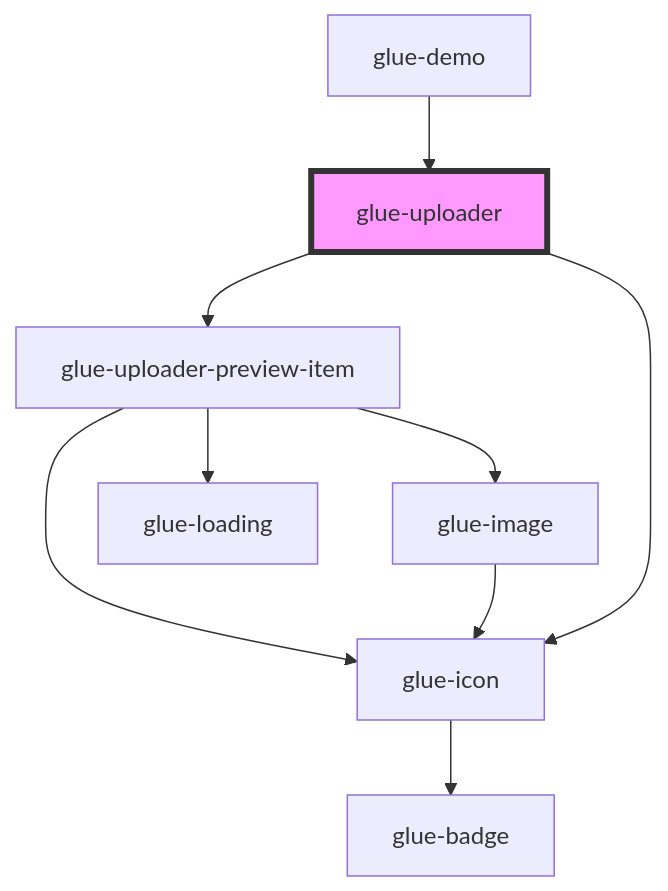
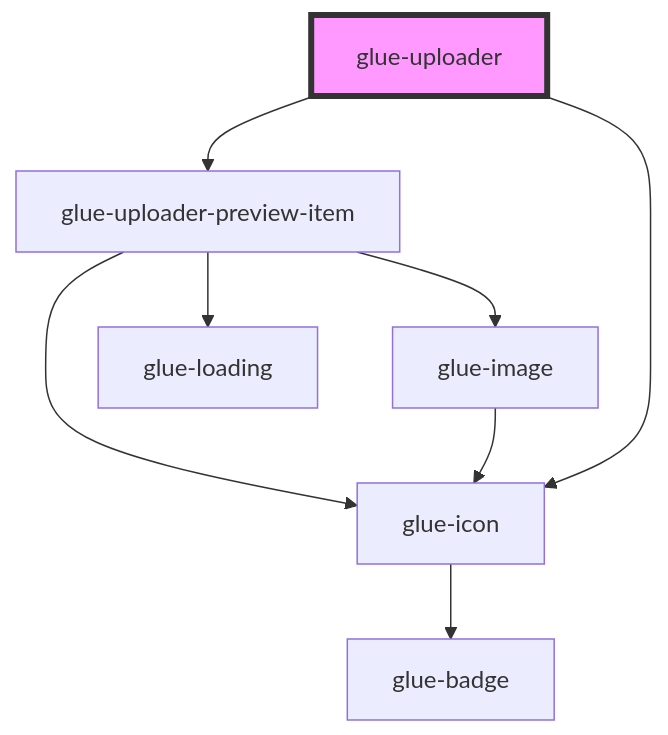
Before and after one commit to grasilife/glue: the diagram in packages/glue-components/src/components/glue-uploader/readme.md, drawn with Mermaid. The commit also changed other lines of this file and 10 other files, not shown here.

````diff
--- a/packages/glue-components/src/components/glue-uploader/readme.md
+++ b/packages/glue-components/src/components/glue-uploader/readme.md
@@ -60,12 +56,11 @@
 ```mermaid
 graph TD;
   glue-uploader --> glue-uploader-preview-item
   glue-uploader --> glue-icon
   glue-uploader-preview-item --> glue-icon
   glue-uploader-preview-item --> glue-loading
   glue-uploader-preview-item --> glue-image
   glue-icon --> glue-badge
   glue-image --> glue-icon
-  glue-demo --> glue-uploader
   style glue-uploader fill:#f9f,stroke:#333,stroke-width:4px
 ```
````
